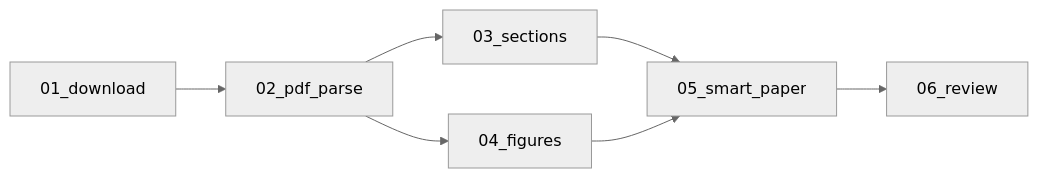
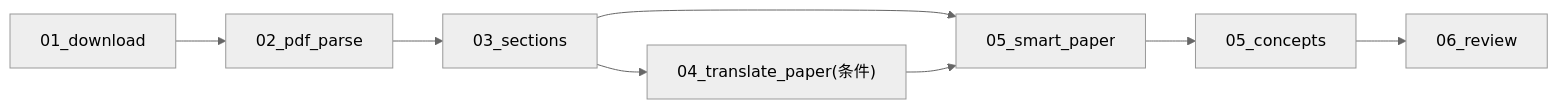
The diagram in docs/04-module-design/steps-paper.md (Gwzlchn/Flori), drawn with Mermaid (neutral theme) before and after one commit. The commit also changed other lines of this file and 57 other files, not shown here.

````diff
--- a/docs/04-module-design/steps-paper.md
+++ b/docs/04-module-design/steps-paper.md
@@ -7,9 +7,10 @@
 ```mermaid
 graph LR
-    DL["01_download"] --> Parse["02_pdf_parse"]
+    Download["01_download"] --> Parse["02_pdf_parse"]
     Parse --> Sections["03_sections"]
-    Parse --> Figures["04_figures"]
+    Sections --> Translate["04_translate_paper(条件)"]
     Sections --> Smart["05_smart_paper"]
-    Figures --> Smart
-    Smart --> Review["06_review"]
+    Translate --> Smart
+    Smart --> Concepts["05_concepts"]
+    Concepts --> Review["06_review"]
 ```
````
